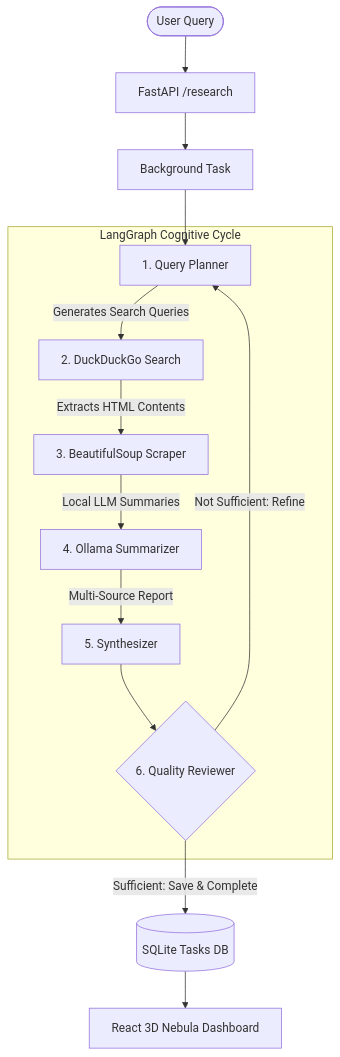
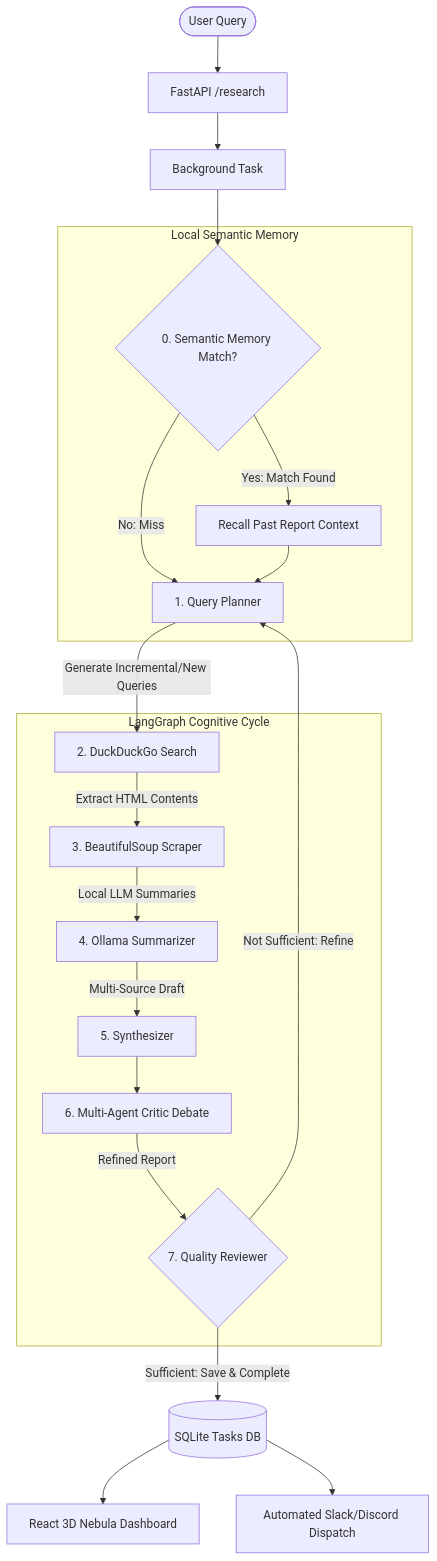
Before and after one commit to shashank41105/autonomous-ai-research-agent: the diagram in README.md, drawn with Mermaid. The commit also changed other lines of this file, not shown here.

Commit message:
docs: update README.md to reflect new incremental memory and critic debate workflow

````diff
--- a/README.md
+++ b/README.md
@@ -20,18 +21,26 @@
 ```mermaid
 graph TD
     User([User Query]) --> API[FastAPI /research]
     API --> BG[Background Task]
-    BG --> Planner[1. Query Planner]
+    BG --> MemoryCheck{0. Semantic Memory Match?}
+    
+    subgraph Local Semantic Memory
+        MemoryCheck -->|Yes: Match Found| Recall[Recall Past Report Context]
+        MemoryCheck -->|No: Miss| Planner[1. Query Planner]
+        Recall --> Planner
+    end
     
     subgraph LangGraph Cognitive Cycle
-        Planner -->|Generates Search Queries| Search[2. DuckDuckGo Search]
-        Search -->|Extracts HTML Contents| Scrape[3. BeautifulSoup Scraper]
+        Planner -->|Generate Incremental/New Queries| Search[2. DuckDuckGo Search]
+        Search -->|Extract HTML Contents| Scrape[3. BeautifulSoup Scraper]
         Scrape -->|Local LLM Summaries| Summarize[4. Ollama Summarizer]
-        Summarize -->|Multi-Source Report| Synthesize[5. Synthesizer]
-        Synthesize --> Review{6. Quality Reviewer}
+        Summarize -->|Multi-Source Draft| Synthesize[5. Synthesizer]
+        Synthesize --> Critic[6. Multi-Agent Critic Debate]
+        Critic -->|Refined Report| Review{7. Quality Reviewer}
     end
 
     Review -->|Not Sufficient: Refine| Planner
     Review -->|Sufficient: Save & Complete| DB[(SQLite Tasks DB)]
     DB --> UI[React 3D Nebula Dashboard]
+    DB --> Webhook[Automated Slack/Discord Dispatch]
 ```
````
